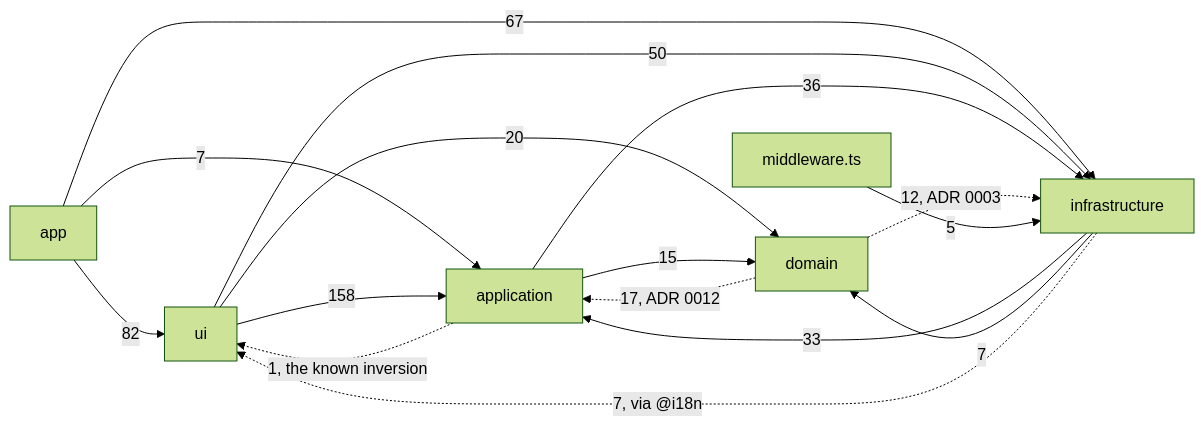
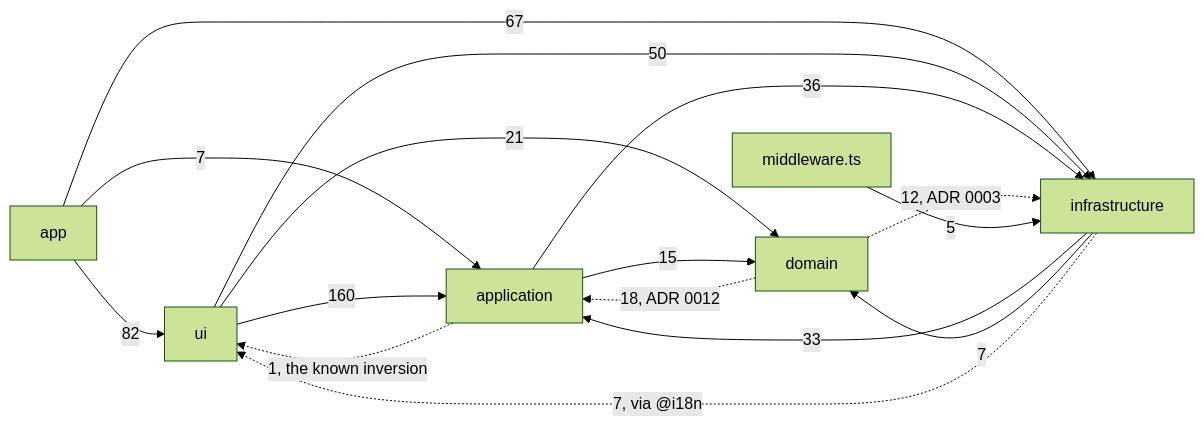
Before and after one commit to fbuireu/forever-pto: the diagram in apps/docs/src/content/docs/architecture/overview.mdx, drawn with Mermaid (forest theme). The commit also changed other lines of this file and 2 other files, not shown here.

Commit message:
docs(docs): say a passed Preferred Month is refused, and recount the layer imports

````diff
--- a/apps/docs/src/content/docs/architecture/overview.mdx
+++ b/apps/docs/src/content/docs/architecture/overview.mdx
@@ -47,24 +47,24 @@
 ```mermaid
 flowchart LR
   APP[app]
   UI[ui]
   APPL[application]
   DOM[domain]
   INFRA[infrastructure]
   MW[middleware.ts]
   APP -->|82| UI
   APP -->|7| APPL
   APP -->|67| INFRA
-  UI -->|158| APPL
-  UI -->|20| DOM
+  UI -->|160| APPL
+  UI -->|21| DOM
   UI -->|50| INFRA
   APPL -->|15| DOM
   APPL -->|36| INFRA
   APPL -.->|1, the known inversion| UI
-  DOM -.->|17, ADR 0012| APPL
+  DOM -.->|18, ADR 0012| APPL
   DOM -.->|12, ADR 0003| INFRA
   INFRA -->|33| APPL
   INFRA -->|7| DOM
   INFRA -.->|7, via @i18n| UI
   MW -->|5| INFRA
 ```
````
